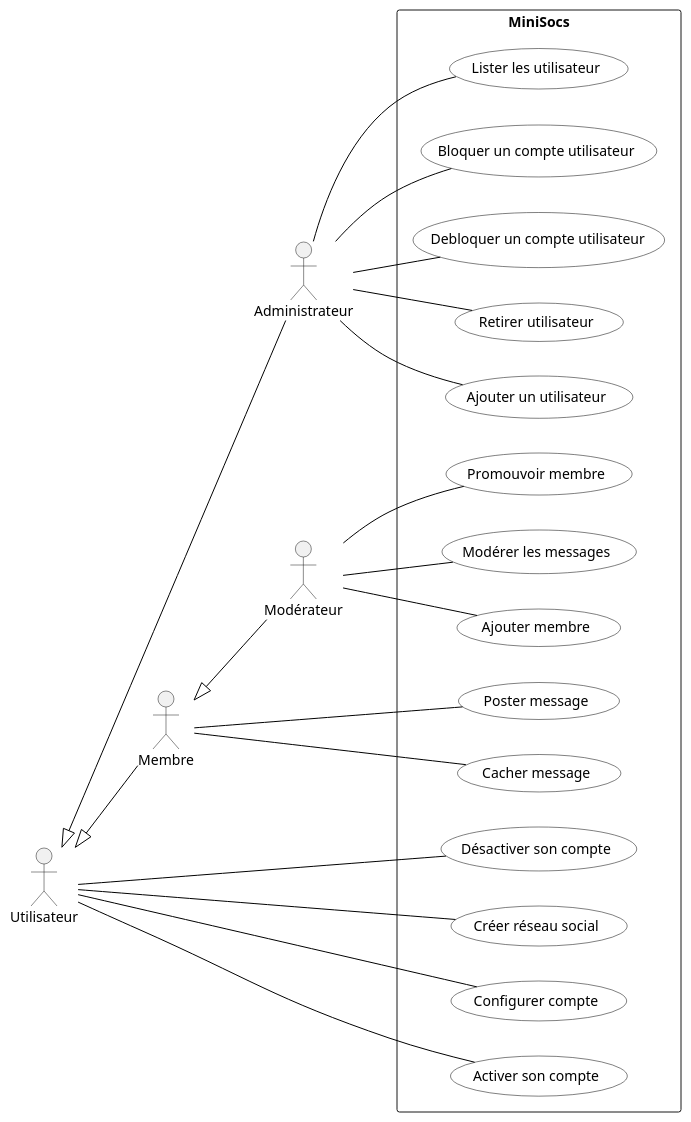
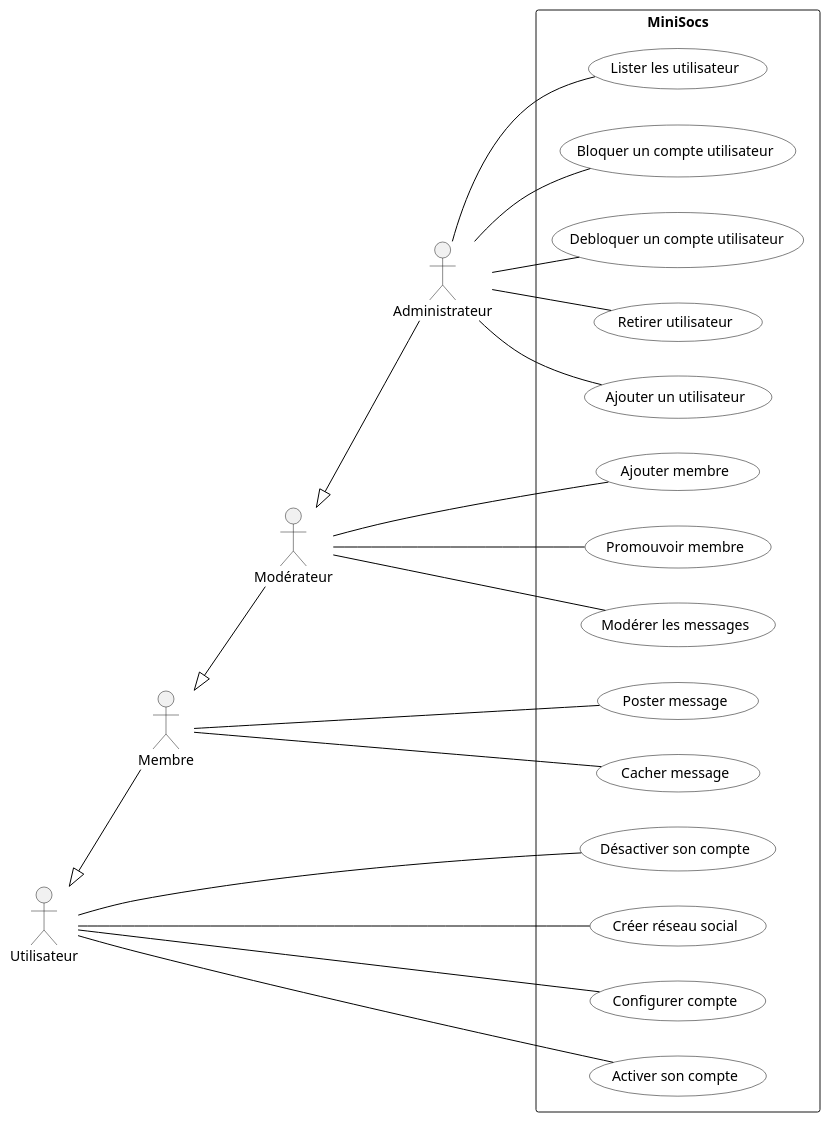
One commit to yesminete/MiniSocs changed the diagram in Diagrammes/minisocs_uml_diag_cas_utilisation.pu. Above: the diagram before and after it, drawn with PlantUML. The commit also changed 2 other files, not shown here.

Commit message:
Modification diagramme de cas d'utilisation

```diff
--- a/Diagrammes/minisocs_uml_diag_cas_utilisation.pu
+++ b/Diagrammes/minisocs_uml_diag_cas_utilisation.pu
@@ -1,42 +1,42 @@
 @startuml
 
 'Diagramme de cas d'utilisation (PlantUML)'
 
 'Configuration charte graphique'
 skinparam usecase {
 BackgroundColor White
 BorderColor Black
 ArrowColor Black
 ActorBackgroundColor<< Human >> Gold
 }
 
 left to right direction
 
 'Déclaration des acteurs :'
 actor Administrateur
 actor Utilisateur
-Utilisateur <|-- Administrateur
 actor Membre
 actor Modérateur
+Modérateur <|-- Administrateur
 Utilisateur <|-- Membre
 Membre <|-- Modérateur
 
 
 'Déclaration des cas d'utilisation dans le système'
 rectangle "MiniSocs" {
 :Administrateur: -- (Ajouter un utilisateur)
 :Administrateur: -- (Lister les utilisateur)
 :Administrateur: -- (Bloquer un compte utilisateur)
 :Administrateur: --(Debloquer un compte utilisateur)
 :Administrateur: --(Retirer utilisateur)
 :Utilisateur:    -- (Désactiver son compte)
 :Utilisateur: --(Créer réseau social)
 :Utilisateur: --(Configurer compte)
 :Membre: --(Poster message)
 :Membre: --(Cacher message)
 :Modérateur: --(Ajouter membre)
 :Modérateur: --(Promouvoir membre)
 :Modérateur: --(Modérer les messages)
 :Utilisateur: --(Activer son compte)
 
 @enduml
```
